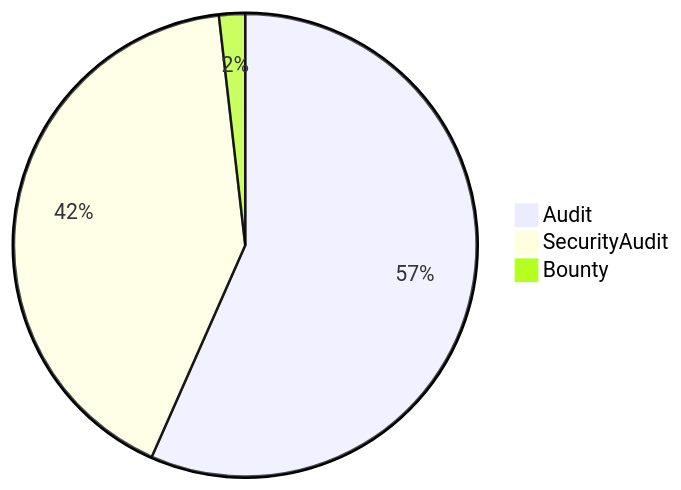
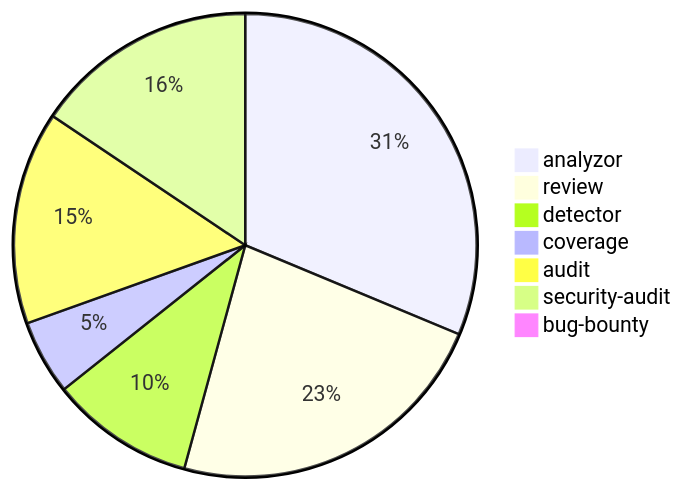
Before and after one commit to blue-lotus-org/.github: the third of 3 diagrams in profile/README.md, drawn with Mermaid.

````diff
--- a/profile/README.md
+++ b/profile/README.md
@@ -98,6 +98,10 @@
 ```mermaid
 pie
-"Audit" : 4071
-"SecurityAudit" : 2988
-"Bounty" : 131
+"analyzor" : 4071
+"review" : 2988
+"detector" : 1310
+"coverage" : 679
+"audit" : 1936
+"security-audit" : 2029
+"bug-bounty" : 17
 ```
````
